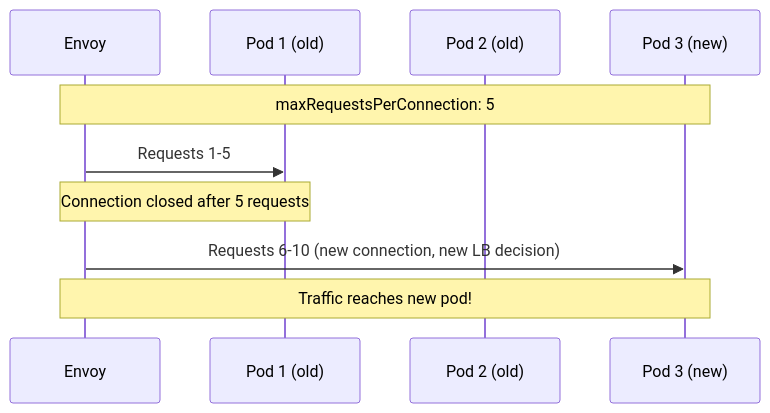
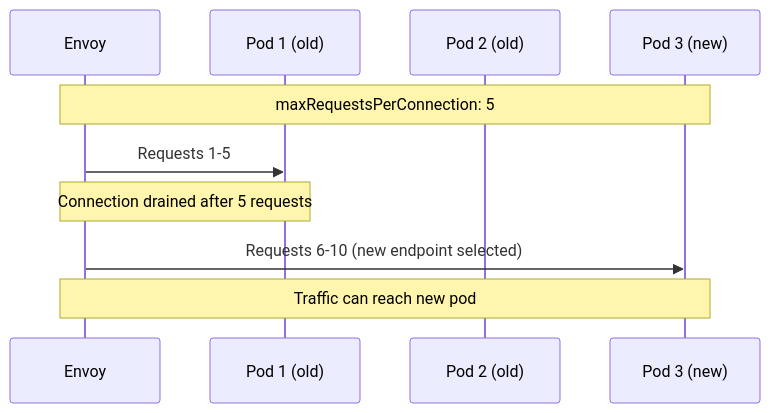
One commit to OneUptime/blog changed the diagram in posts/2026-02-24-how-to-set-maximum-requests-per-connection-in-istio/README.md. Above: the diagram before and after it, drawn with Mermaid. The commit also changed other lines of this file and 2 other files, not shown here.

Commit message:
validate: 2026-02-24-how-to-set-maximum-requests-per-connection-in-istio

````diff
--- a/posts/2026-02-24-how-to-set-maximum-requests-per-connection-in-istio/README.md
+++ b/posts/2026-02-24-how-to-set-maximum-requests-per-connection-in-istio/README.md
@@ -19,14 +19,14 @@
 ```mermaid
 sequenceDiagram
     participant E as Envoy
     participant P1 as Pod 1 (old)
     participant P2 as Pod 2 (old)
     participant P3 as Pod 3 (new)
 
     Note over E,P3: maxRequestsPerConnection: 5
 
     E->>P1: Requests 1-5
-    Note over E,P1: Connection closed after 5 requests
-    E->>P3: Requests 6-10 (new connection, new LB decision)
-    Note over E,P3: Traffic reaches new pod!
+    Note over E,P1: Connection drained after 5 requests
+    E->>P3: Requests 6-10 (new endpoint selected)
+    Note over E,P3: Traffic can reach new pod
 ```
````
